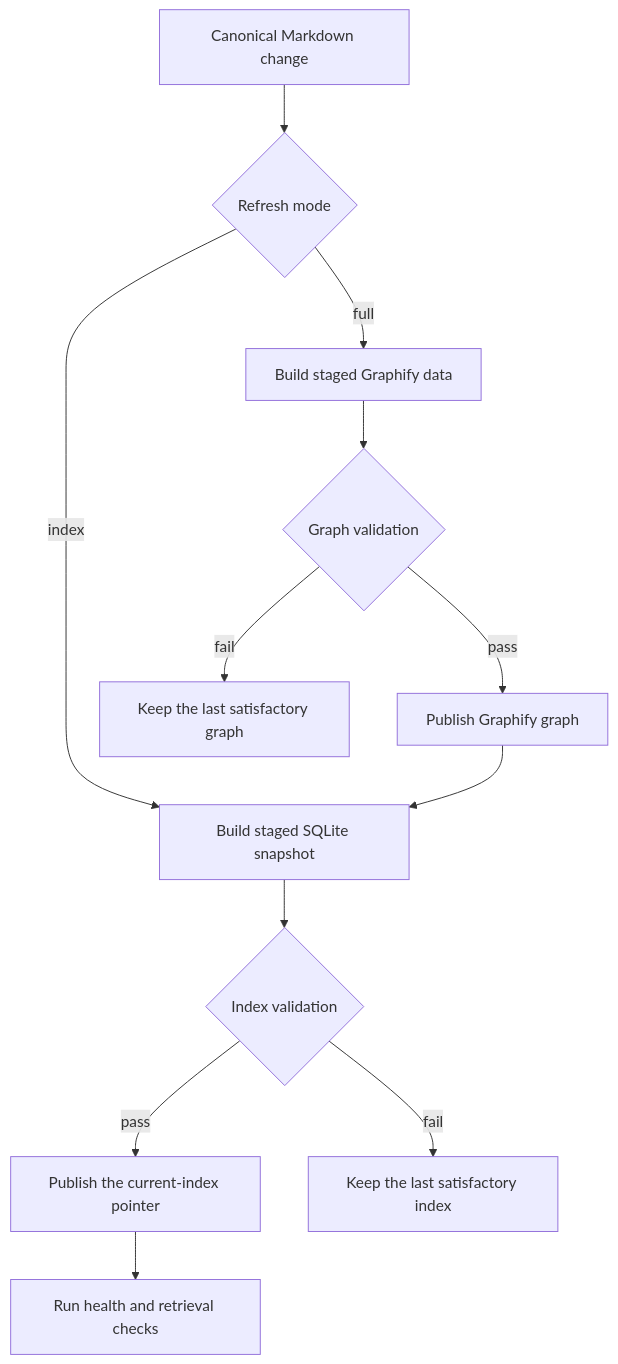
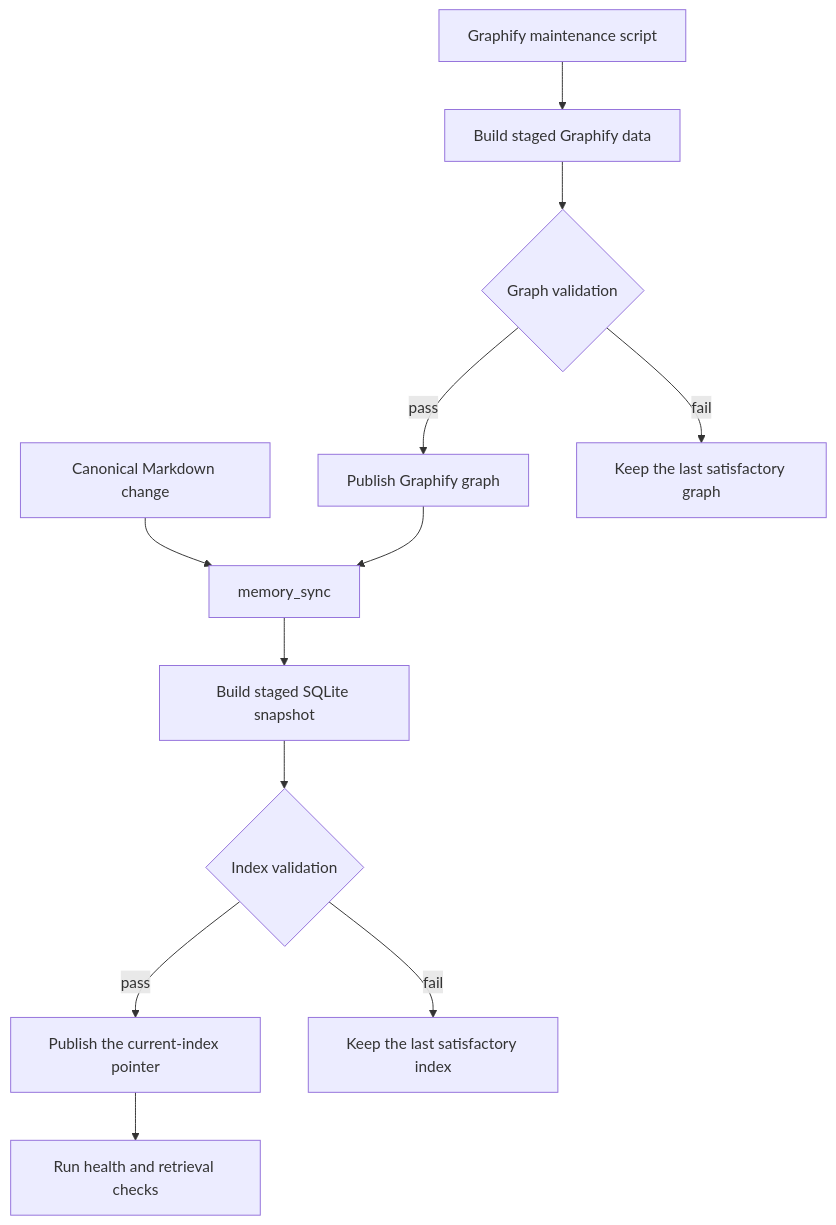
Before and after one commit to moorej2400/ai-memory-mcp: the third of 3 diagrams in README.md, drawn with Mermaid. The commit also changed other lines of this file and 20 other files, not shown here.

````diff
--- a/README.md
+++ b/README.md
@@ -119,14 +121,14 @@
 ```mermaid
 flowchart TD
-    Change[Canonical Markdown change] --> Mode{Refresh mode}
-    Mode -->|index| IndexStage[Build staged SQLite snapshot]
-    Mode -->|full| GraphStage[Build staged Graphify data]
+    Change[Canonical Markdown change] --> Sync[memory_sync]
+    Sync --> IndexStage[Build staged SQLite snapshot]
+    Maintenance[Graphify maintenance script] --> GraphStage[Build staged Graphify data]
     GraphStage --> GraphValidate{Graph validation}
     GraphValidate -->|pass| GraphPublish[Publish Graphify graph]
     GraphValidate -->|fail| GraphKeep[Keep the last satisfactory graph]
-    GraphPublish --> IndexStage
+    GraphPublish --> Sync
     IndexStage --> IndexValidate{Index validation}
     IndexValidate -->|pass| Pointer[Publish the current-index pointer]
     IndexValidate -->|fail| IndexKeep[Keep the last satisfactory index]
     Pointer --> Health[Run health and retrieval checks]
 ```
````
